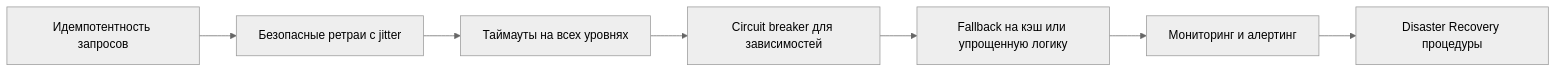
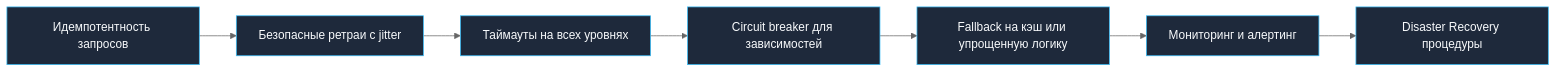
Before and after one commit to UnrealTemplier/go-textbook: the second of 5 diagrams in sources/12. Базы данных/10. Практика и архитектура/23. Итоги раздела. Полная картина работы с базами данных.md, drawn with Mermaid (neutral theme). The commit also changed other lines of this file, not shown here.

````diff
--- a/sources/12. Базы данных/10. Практика и архитектура/23. Итоги раздела. Полная картина работы с базами данных.md
+++ b/sources/12. Базы данных/10. Практика и архитектура/23. Итоги раздела. Полная картина работы с базами данных.md
@@ -119,9 +165,12 @@
 ```mermaid
 flowchart LR
     Idemp["Идемпотентность запросов"] --> Retry["Безопасные ретраи с jitter"]
     Retry --> Timeout["Таймауты на всех уровнях"]
     Timeout --> Circuit["Circuit breaker для зависимостей"]
     Circuit --> Fallback["Fallback на кэш или упрощенную логику"]
     Fallback --> Monitor["Мониторинг и алертинг"]
     Monitor --> DR["Disaster Recovery процедуры"]
+
+    classDef pat fill:#1e293b,stroke:#38bdf8,stroke-width:1px,color:#f8fafc;
+    class Idemp,Retry,Timeout,Circuit,Fallback,Monitor,DR pat;
 ```
````
